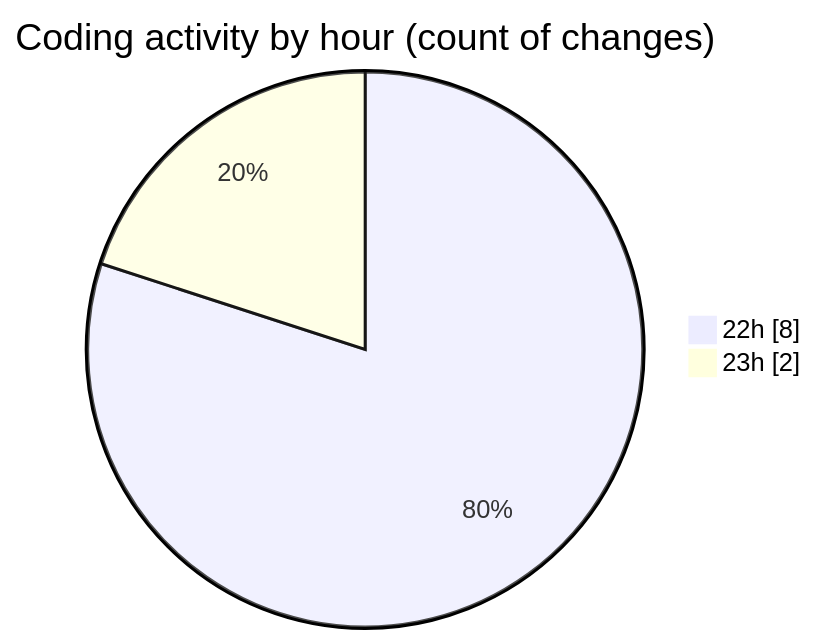
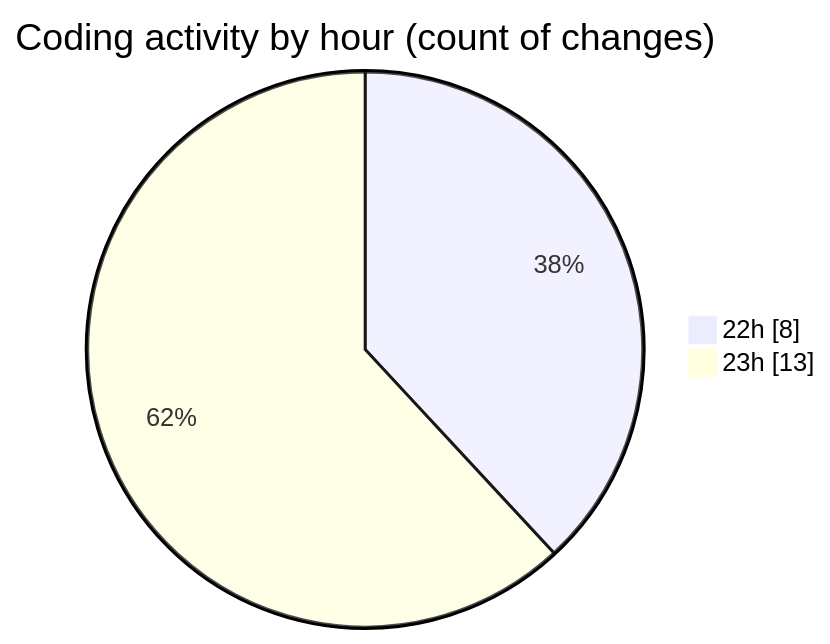
The second of 2 diagrams in 2025-05-27/elitesun/README.md (Elitesun/code-tracking), drawn with Mermaid before and after one commit. The commit also changed other lines of this file and 1 other file, not shown here.

````diff
--- a/2025-05-27/elitesun/README.md
+++ b/2025-05-27/elitesun/README.md
@@ -35,6 +38,6 @@
 ```mermaid
 pie showData
 title Coding activity by hour (count of changes)
 "22h" : 8
-"23h" : 2
+"23h" : 13
 ```
````
